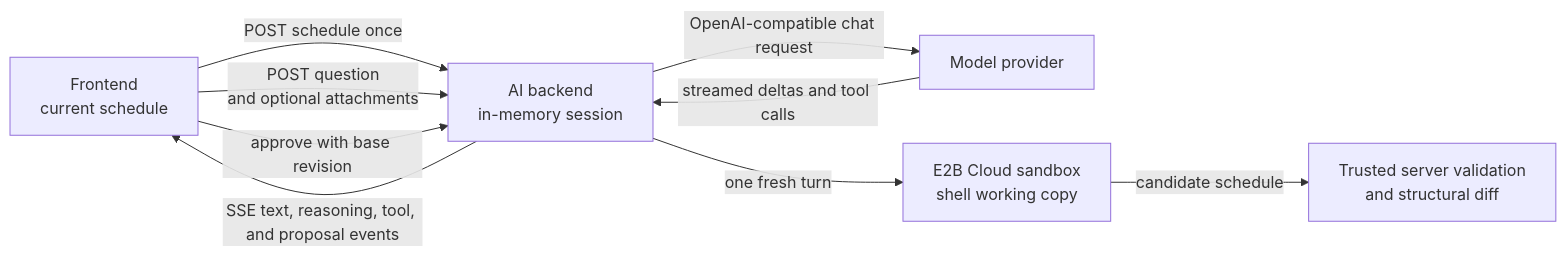
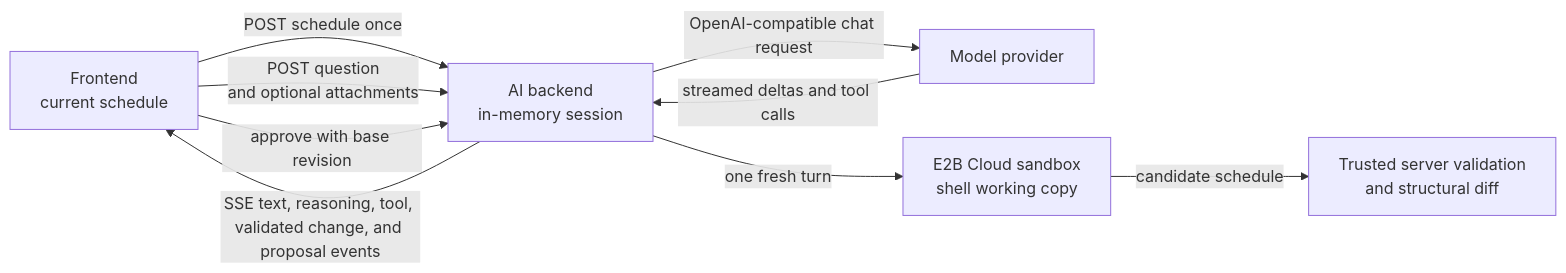
One commit to j3soon/nurse-scheduling changed the diagram in docs/content/ai-assistant.md. Above: the diagram before and after it, drawn with Mermaid. The commit also changed other lines of this file and 13 other files, not shown here.

````diff
--- a/docs/content/ai-assistant.md
+++ b/docs/content/ai-assistant.md
@@ -44,11 +44,11 @@
 ```mermaid
 flowchart LR
     Browser[Frontend<br/>current schedule] -->|POST schedule once| Session[AI backend<br/>in-memory session]
     Browser -->|POST question<br/>and optional attachments| Session
     Session -->|OpenAI-compatible chat request| Provider[Model provider]
     Provider -->|streamed deltas and tool calls| Session
     Session -->|one fresh turn| Sandbox[E2B Cloud sandbox<br/>shell working copy]
     Sandbox -->|candidate schedule| Validation[Trusted server validation<br/>and structural diff]
-    Session -->|SSE text, reasoning, tool, and proposal events| Browser
+    Session -->|SSE text, reasoning, tool, validated change, and proposal events| Browser
     Browser -->|approve with base revision| Session
 ```
````
